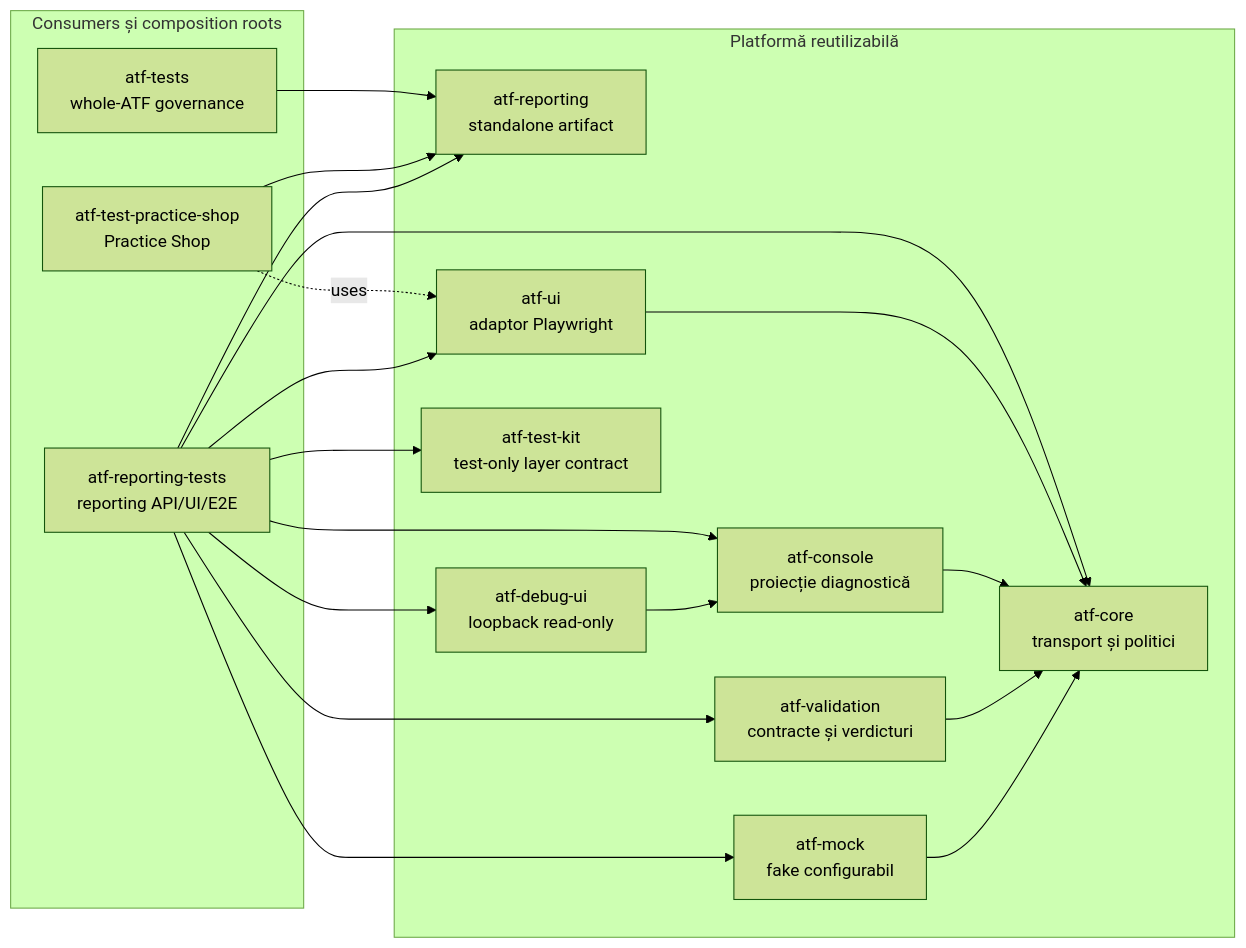
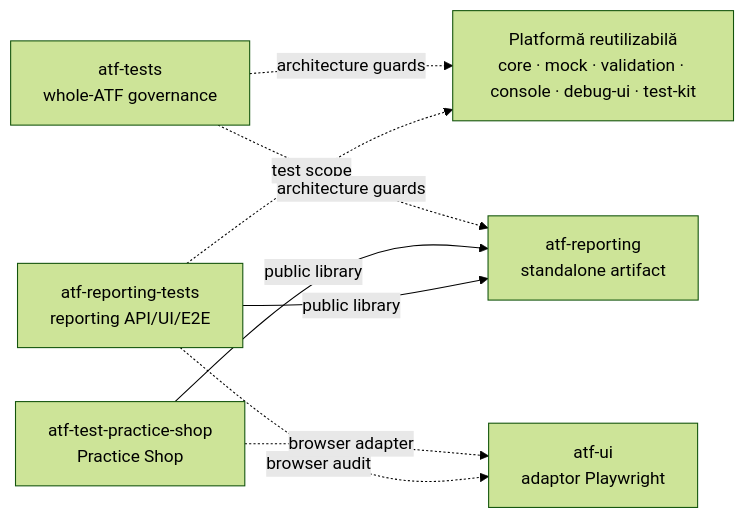
One commit to crististefanita/demo2 changed the first of 9 diagrams in docs/ATF_Architecture.md. Above: the diagram before and after it, drawn with Mermaid (forest theme). The commit also changed other lines of this file and 107 other files, not shown here.

Commit message:
Refine Java ATF API reporting and Practice Shop

````diff
--- a/docs/ATF_Architecture.md
+++ b/docs/ATF_Architecture.md
@@ -27,34 +27,17 @@
 ```mermaid
 flowchart LR
-    subgraph Consumers[Consumers și composition roots]
-        ReportingTests[atf-reporting-tests<br/>reporting API/UI/E2E]
-        Shop[atf-test-practice-shop<br/>Practice Shop]
-        Tests[atf-tests<br/>whole-ATF governance]
-    end
-    subgraph Platform[Platformă reutilizabilă]
-        Core[atf-core<br/>transport și politici]
-        Mock[atf-mock<br/>fake configurabil]
-        Validation[atf-validation<br/>contracte și verdicturi]
-        Reporting[atf-reporting<br/>standalone artifact]
-        Console[atf-console<br/>proiecție diagnostică]
-        Ui[atf-ui<br/>adaptor Playwright]
-        DebugUi[atf-debug-ui<br/>loopback read-only]
-        TestKit[atf-test-kit<br/>test-only layer contract]
-    end
-    Mock --> Core
-    Validation --> Core
-    Console --> Core
-    Ui --> Core
-    DebugUi --> Console
-    ReportingTests --> Core
-    ReportingTests --> Mock
-    ReportingTests --> Validation
-    ReportingTests --> Console
-    ReportingTests --> Reporting
-    ReportingTests --> Ui
-    ReportingTests --> DebugUi
-    ReportingTests --> TestKit
-    Shop --> Reporting
-    Shop -. uses .-> Ui
-    Tests --> Reporting
+    Platform[Platformă reutilizabilă<br/>core · mock · validation · console · debug-ui · test-kit]
+    Ui[atf-ui<br/>adaptor Playwright]
+    Reporting[atf-reporting<br/>standalone artifact]
+    ReportingTests[atf-reporting-tests<br/>reporting API/UI/E2E]
+    Shop[atf-test-practice-shop<br/>Practice Shop]
+    Tests[atf-tests<br/>whole-ATF governance]
+
+    ReportingTests -->|public library| Reporting
+    ReportingTests -. test scope .-> Platform
+    ReportingTests -. browser audit .-> Ui
+    Shop -->|public library| Reporting
+    Shop -. browser adapter .-> Ui
+    Tests -. architecture guards .-> Platform
+    Tests -. architecture guards .-> Reporting
 ```
````
